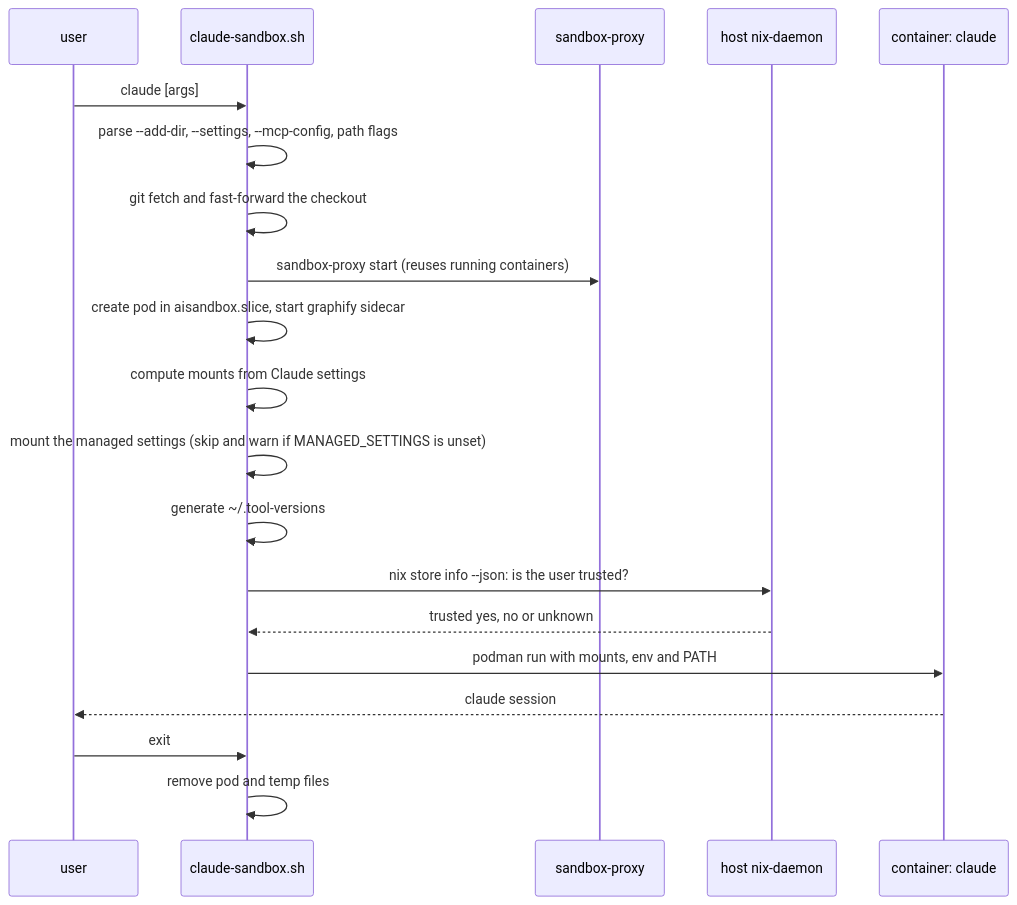
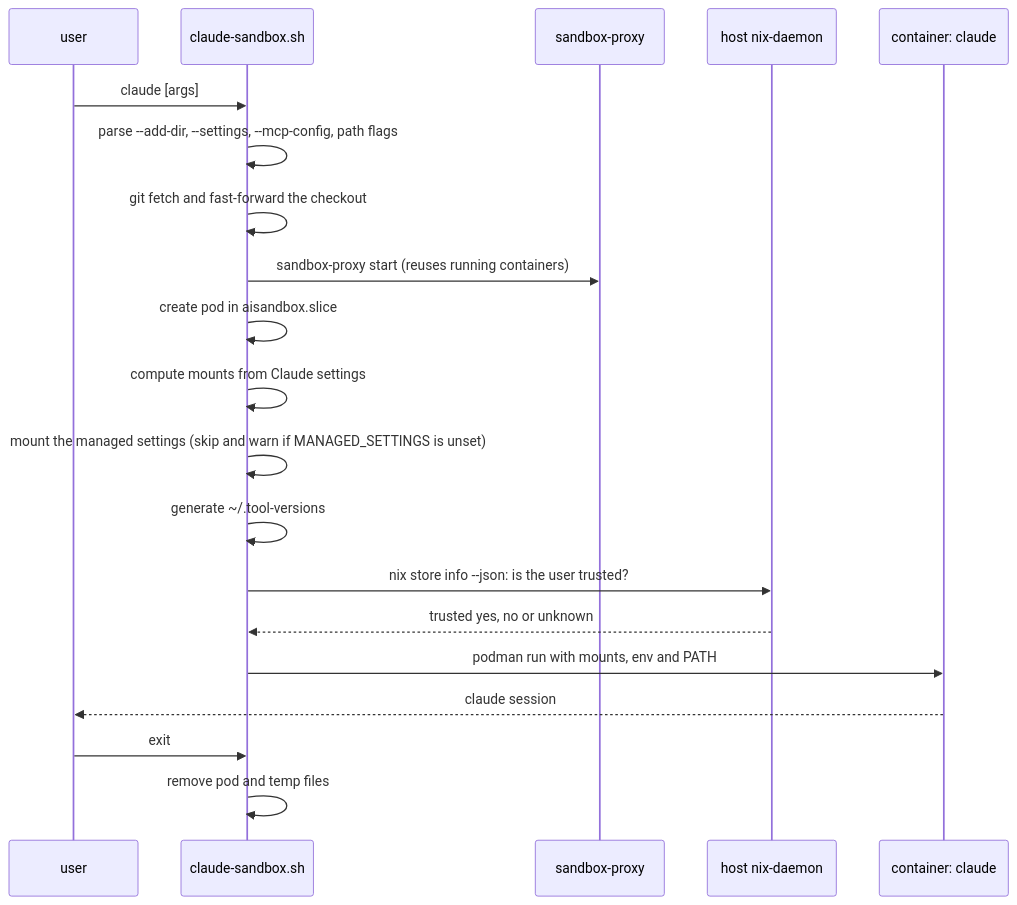
One commit to zero4573/nixos changed the first of 3 diagrams in docs/claude-sandbox.md. Above: the diagram before and after it, drawn with Mermaid. The commit also changed other lines of this file and 23 other files, not shown here.

Commit message:
Removed graphify+fff as they weren't contributing much to helping reduce token usage or speeding up request/responses

````diff
--- a/docs/claude-sandbox.md
+++ b/docs/claude-sandbox.md
@@ -15,22 +15,22 @@
 ```mermaid
 sequenceDiagram
     participant U as user
     participant L as claude-sandbox.sh
     participant P as sandbox-proxy
     participant D as host nix-daemon
     participant C as container: claude
     U->>L: claude [args]
     L->>L: parse --add-dir, --settings, --mcp-config, path flags
     L->>L: git fetch and fast-forward the checkout
     L->>P: sandbox-proxy start (reuses running containers)
-    L->>L: create pod in aisandbox.slice, start graphify sidecar
+    L->>L: create pod in aisandbox.slice
     L->>L: compute mounts from Claude settings
     L->>L: mount the managed settings (skip and warn if MANAGED_SETTINGS is unset)
     L->>L: generate ~/.tool-versions
     L->>D: nix store info --json: is the user trusted?
     D-->>L: trusted yes, no or unknown
     L->>C: podman run with mounts, env and PATH
     C-->>U: claude session
     U->>L: exit
     L->>L: remove pod and temp files
 ```
````
